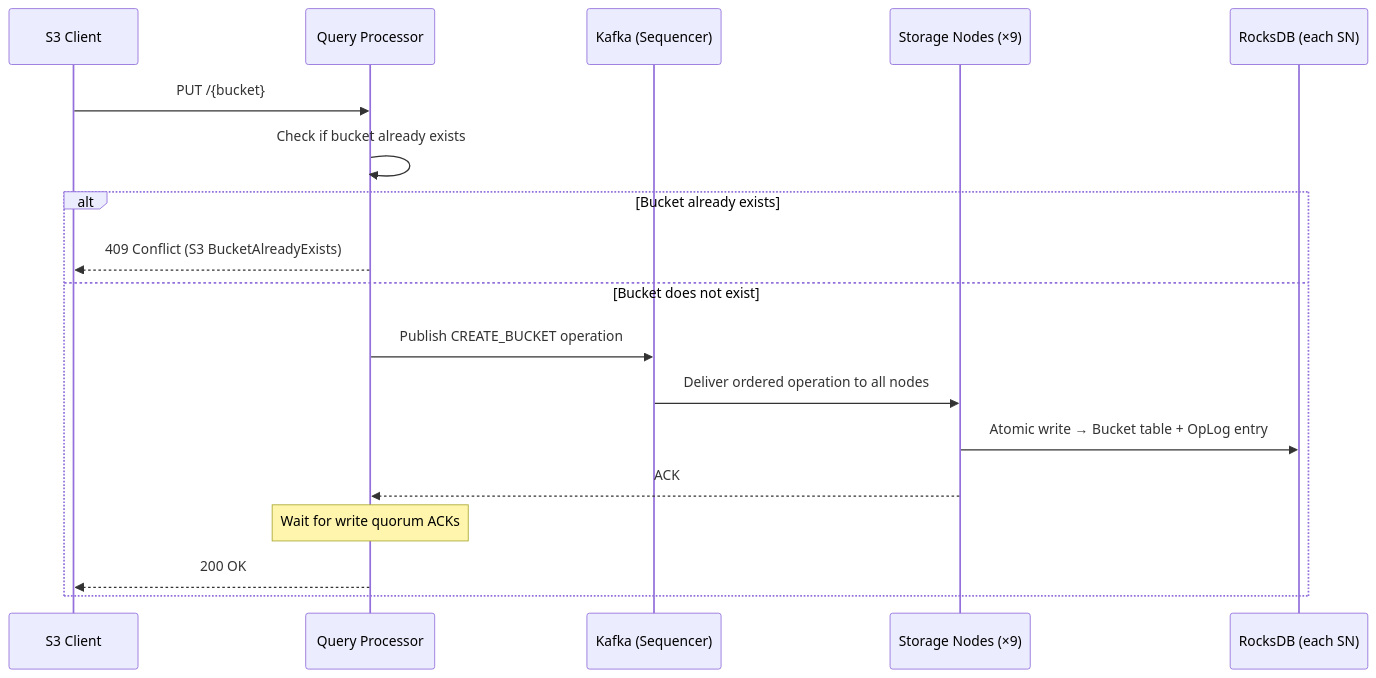
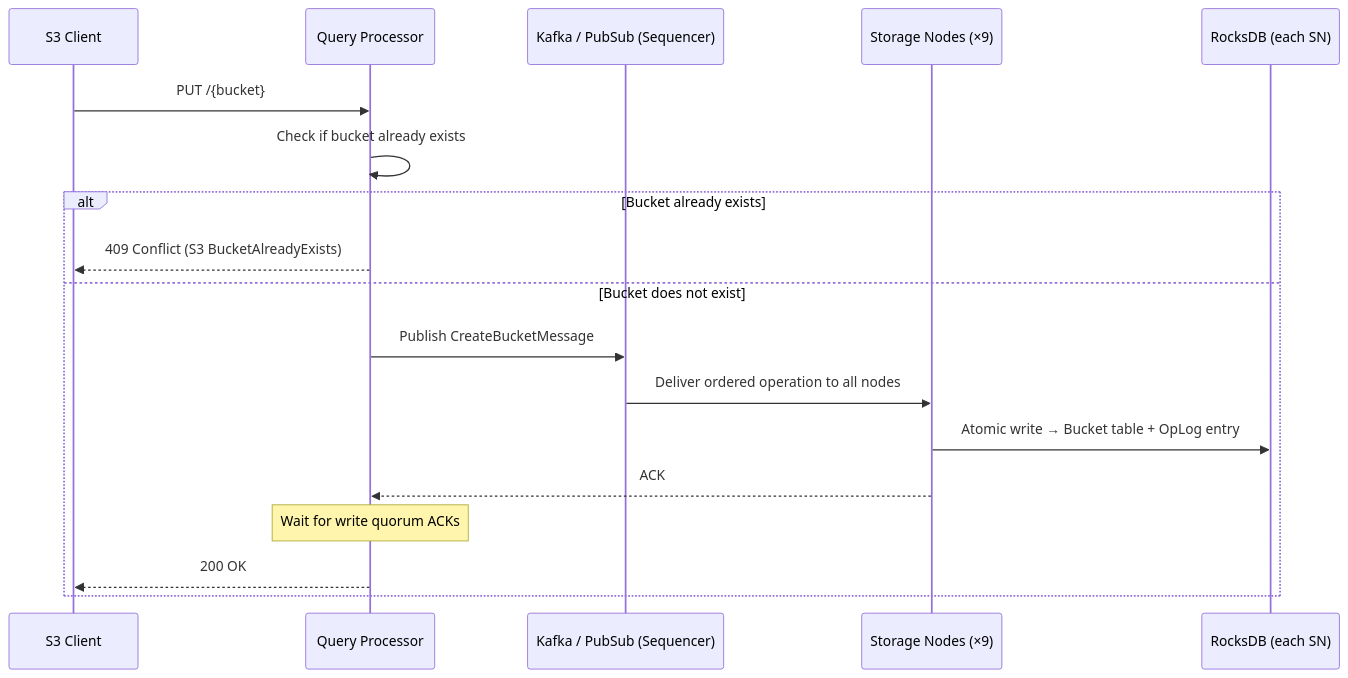
One commit to S26-Distributed-Capstone/Koop changed the seventh of 16 diagrams in docs/workflow.md. Above: the diagram before and after it, drawn with Mermaid. The commit also changed other lines of this file, not shown here.

Commit message:
Update workflow documentation to reflect Kafka/pub/sub integration and clarify multipart upload processes (AI)

````diff
--- a/docs/workflow.md
+++ b/docs/workflow.md
@@ -212,21 +190,21 @@
 ```mermaid
 sequenceDiagram
     participant C as S3 Client
     participant QP as Query Processor
-    participant Kafka as Kafka (Sequencer)
+    participant Kafka as Kafka / PubSub (Sequencer)
     participant SN as Storage Nodes (×9)
     participant RDB as RocksDB (each SN)
 
     C->>QP: PUT /{bucket}
     QP->>QP: Check if bucket already exists
     alt Bucket already exists
         QP-->>C: 409 Conflict (S3 BucketAlreadyExists)
     else Bucket does not exist
-        QP->>Kafka: Publish CREATE_BUCKET operation
+        QP->>Kafka: Publish CreateBucketMessage
         Kafka->>SN: Deliver ordered operation to all nodes
         SN->>RDB: Atomic write → Bucket table + OpLog entry
         SN-->>QP: ACK
         Note over QP: Wait for write quorum ACKs
         QP-->>C: 200 OK
     end
 ```
````
